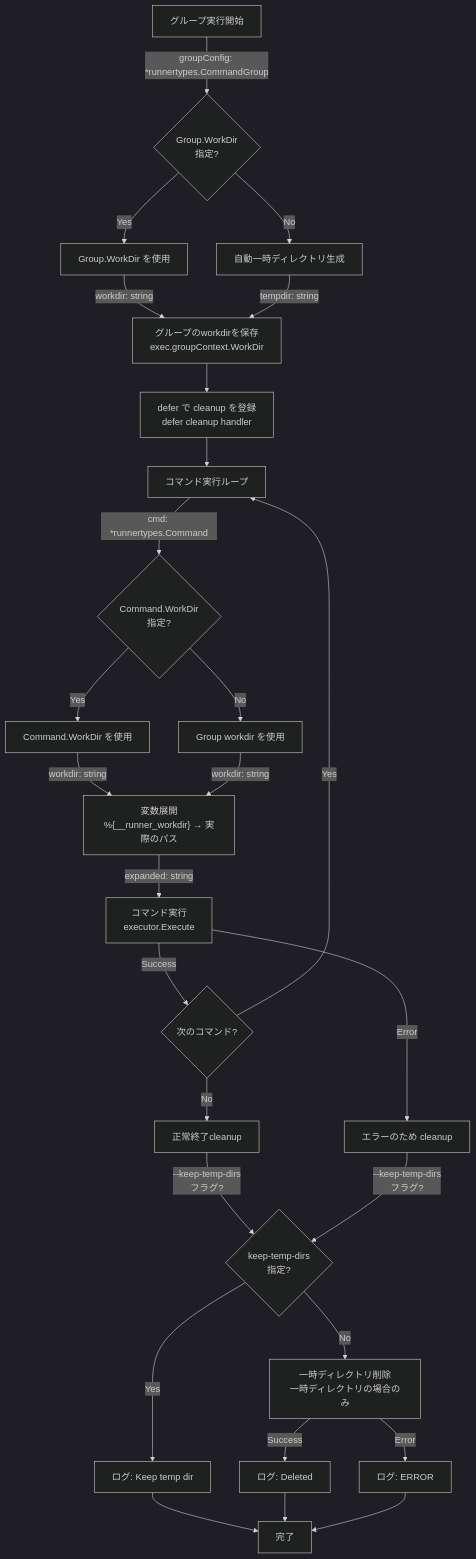
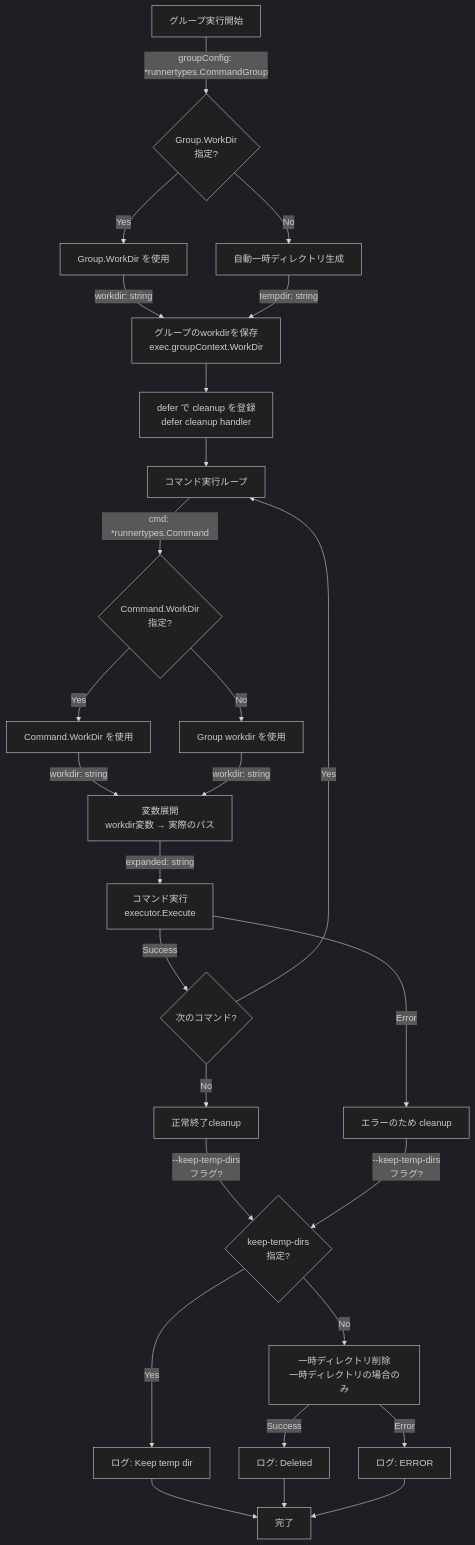
The fourth of 11 diagrams in docs/tasks/0034_workdir_redesign/02_architecture.md (isseis/go-safe-cmd-runner), drawn with Mermaid (dark theme) before and after one commit. The commit also changed other lines of this file and 1 other file, not shown here.

First line of the commit message:
Introduce TempDirManager and refactor group workdir handling

````diff
--- a/docs/tasks/0034_workdir_redesign/02_architecture.md
+++ b/docs/tasks/0034_workdir_redesign/02_architecture.md
@@ -125,46 +218,46 @@
 ```mermaid
 flowchart TD
     Start["グループ実行開始"] -->|groupConfig: *runnertypes.CommandGroup| ResolveWorkDir
 
     ResolveWorkDir{"Group.WorkDir<br/>指定?"}
     ResolveWorkDir -->|Yes| UseGroupWorkDir["Group.WorkDir を使用"]
     ResolveWorkDir -->|No| CreateTempDir["自動一時ディレクトリ生成"]
 
     UseGroupWorkDir -->|workdir: string| StoreWorkDir["グループのworkdirを保存<br/>exec.groupContext.WorkDir"]
     CreateTempDir -->|tempdir: string| StoreWorkDir
 
     StoreWorkDir --> InitCleanup["defer で cleanup を登録<br/>defer cleanup handler"]
 
     InitCleanup --> ExecuteCommands["コマンド実行ループ"]
 
     ExecuteCommands -->|cmd: *runnertypes.Command| ResolveCommandWorkDir
 
     ResolveCommandWorkDir{"Command.WorkDir<br/>指定?"}
     ResolveCommandWorkDir -->|Yes| UseCommandWorkDir["Command.WorkDir を使用"]
     ResolveCommandWorkDir -->|No| UseGroupWorkDir2["Group workdir を使用"]
 
     UseCommandWorkDir -->|workdir: string| ExpandVariables
     UseGroupWorkDir2 -->|workdir: string| ExpandVariables
 
-    ExpandVariables["変数展開<br/>%{__runner_workdir} → 実際のパス"] -->|expanded: string| ExecuteCommand
+    ExpandVariables["変数展開<br/>workdir変数 → 実際のパス"] -->|expanded: string| ExecuteCommand
 
     ExecuteCommand["コマンド実行<br/>executor.Execute"]
 
     ExecuteCommand -->|Success| NextCommand{次のコマンド?}
     ExecuteCommand -->|Error| CleanupError["エラーのため cleanup"]
 
     NextCommand -->|Yes| ExecuteCommands
     NextCommand -->|No| CleanupSuccess["正常終了cleanup"]
 
     CleanupSuccess -->|--keep-temp-dirs<br/>フラグ?| CheckKeepFlag{keep-temp-dirs<br/>指定?}
     CleanupError -->|--keep-temp-dirs<br/>フラグ?| CheckKeepFlag
 
     CheckKeepFlag -->|Yes| LogKeep["ログ: Keep temp dir"]
     CheckKeepFlag -->|No| DeleteTempDir["一時ディレクトリ削除<br/>一時ディレクトリの場合のみ"]
 
     LogKeep --> End["完了"]
     DeleteTempDir -->|Success| LogDelete["ログ: Deleted"]
     DeleteTempDir -->|Error| LogDeleteError["ログ: ERROR"]
     LogDelete --> End
     LogDeleteError --> End
 ```
````
